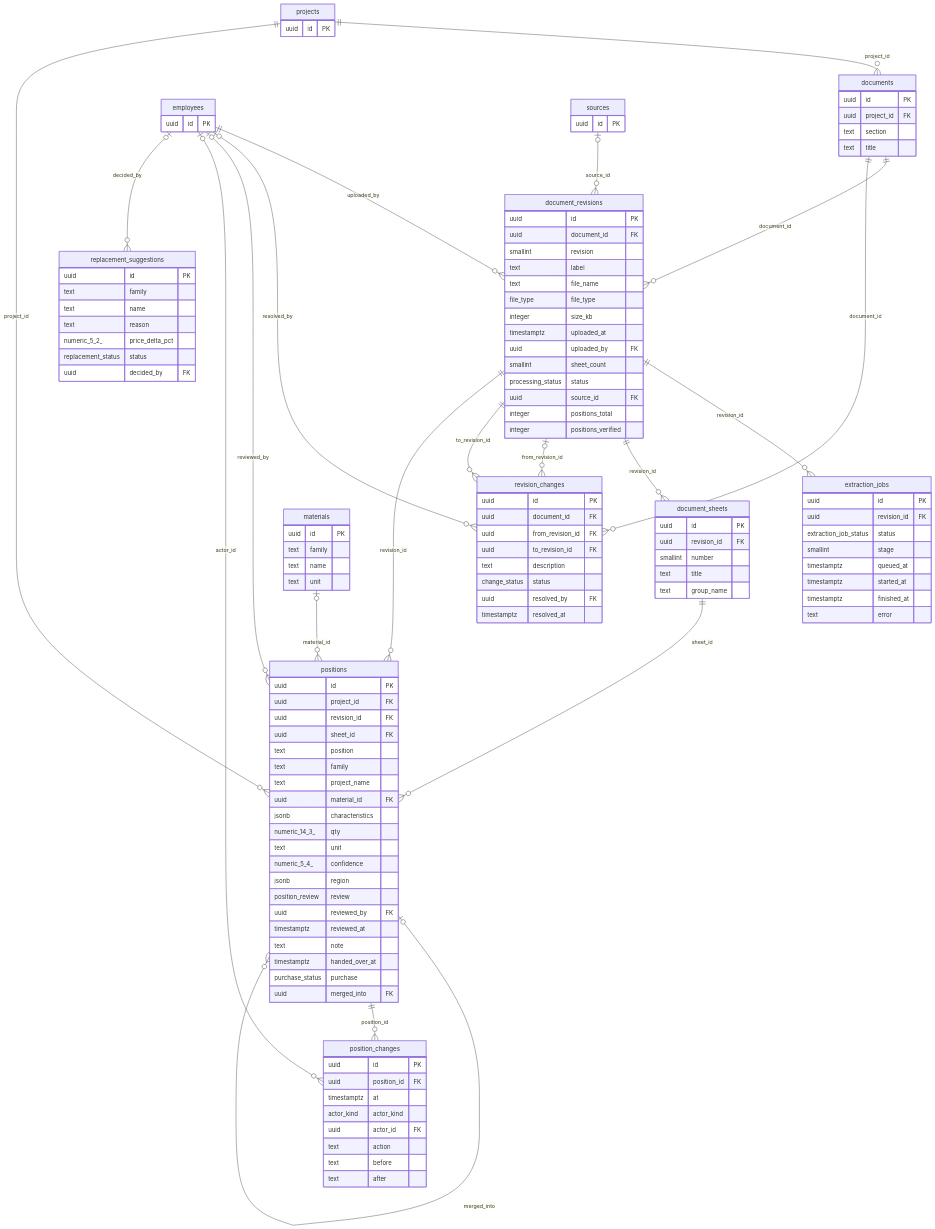
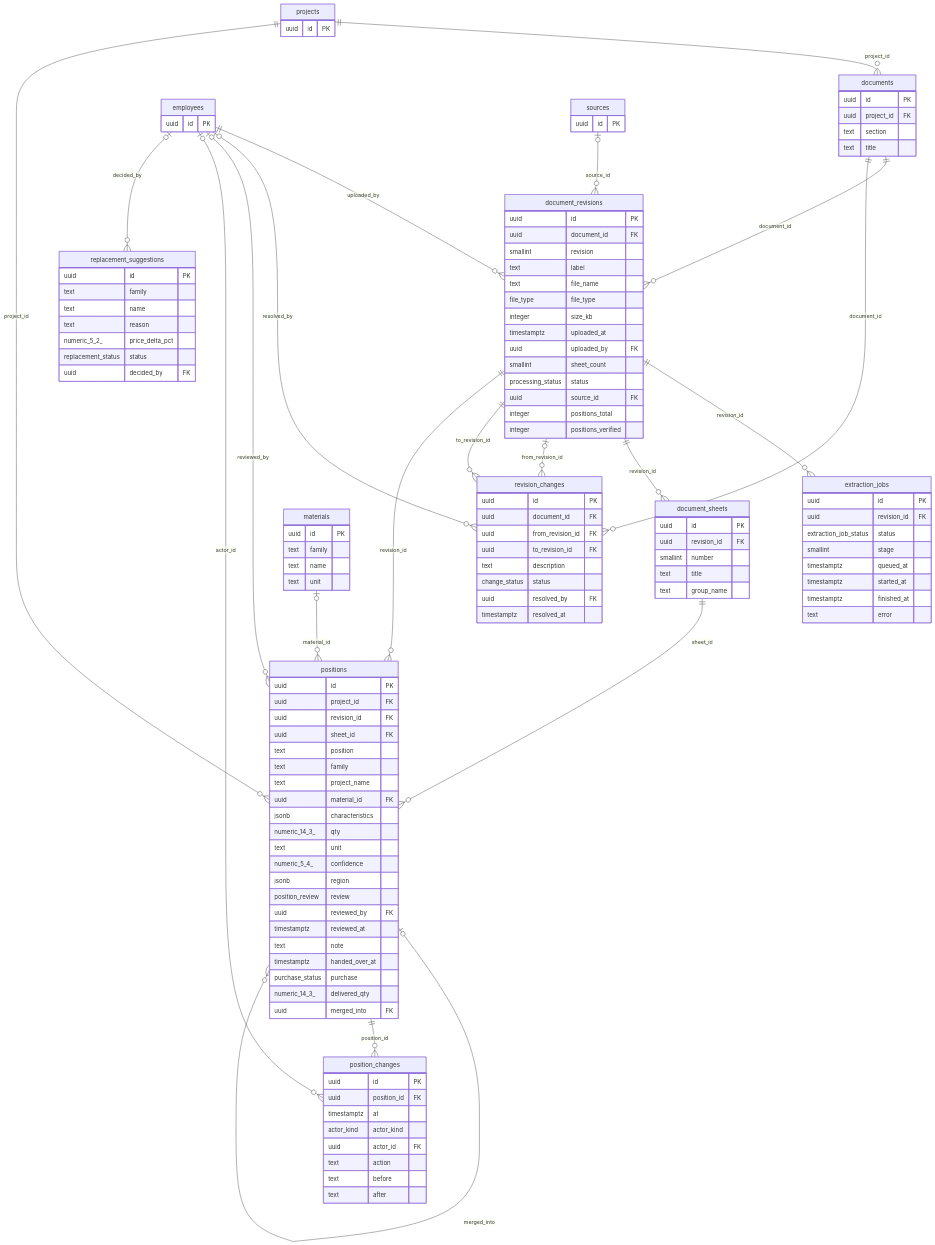
Before and after one commit to Neeklo1606/facade-ai-flow: the third of 5 diagrams in docs/db/schema.md, drawn with Mermaid. The commit also changed other lines of this file and 49 other files, not shown here.

```diff
--- a/docs/db/schema.md
+++ b/docs/db/schema.md
@@ -492,6 +494,7 @@
     text note
     timestamptz handed_over_at
     purchase_status purchase
+    numeric_14_3_ delivered_qty
     uuid merged_into FK
   }
   position_changes {
```
